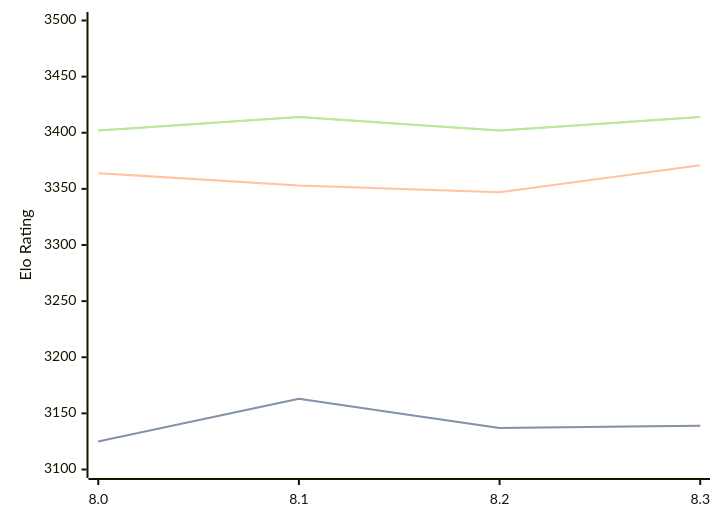
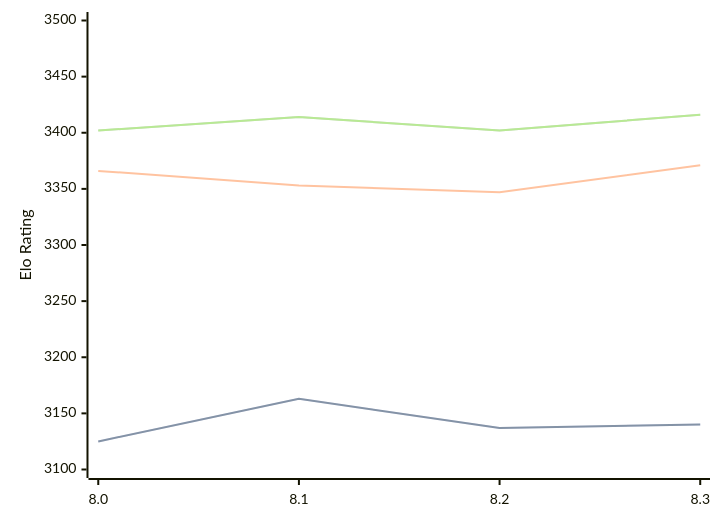
Before and after one commit to computer-chess-index/cci: the first of 3 diagrams in engines/Alexander.md, drawn with Mermaid. The commit also changed other lines of this file, not shown here.

Commit message:
Update CCI Ratings (ELO VLTC) - 2026-07-18

````diff
--- a/engines/Alexander.md
+++ b/engines/Alexander.md
@@ -48,11 +48,11 @@
 ```mermaid
 %%{init: {"theme":"base","themeVariables":{"seriesColors:['#a3a3a3','#222221','#faa371']}}}%%
 xychart-beta
   x-axis ["8.0", "8.1", "8.2", "8.3"]
   y-axis "Elo Rating" 3100 --> 3500
-  line "STC (8.0+0.08s)" [3125, 3163, 3137, 3139]
-  line "STC (8.0+0.08s)" [3125, 3163, 3137, 3139]
-  line "LTC (60.0+0.60s)" [3364, 3353, 3347, 3371]
-  line "VLTC (2m24s+1.12s)" [3402, 3414, 3402, 3414]
-  line "VLTC (2m24s+1.12s)" [3402, 3414, 3402, 3414]
+  line "STC (8.0+0.08s)" [3125, 3163, 3137, 3140]
+  line "STC (8.0+0.08s)" [3125, 3163, 3137, 3140]
+  line "LTC (60.0+0.60s)" [3366, 3353, 3347, 3371]
+  line "VLTC (2m24s+1.12s)" [3402, 3414, 3402, 3416]
+  line "VLTC (2m24s+1.12s)" [3402, 3414, 3402, 3416]
 ```
````
